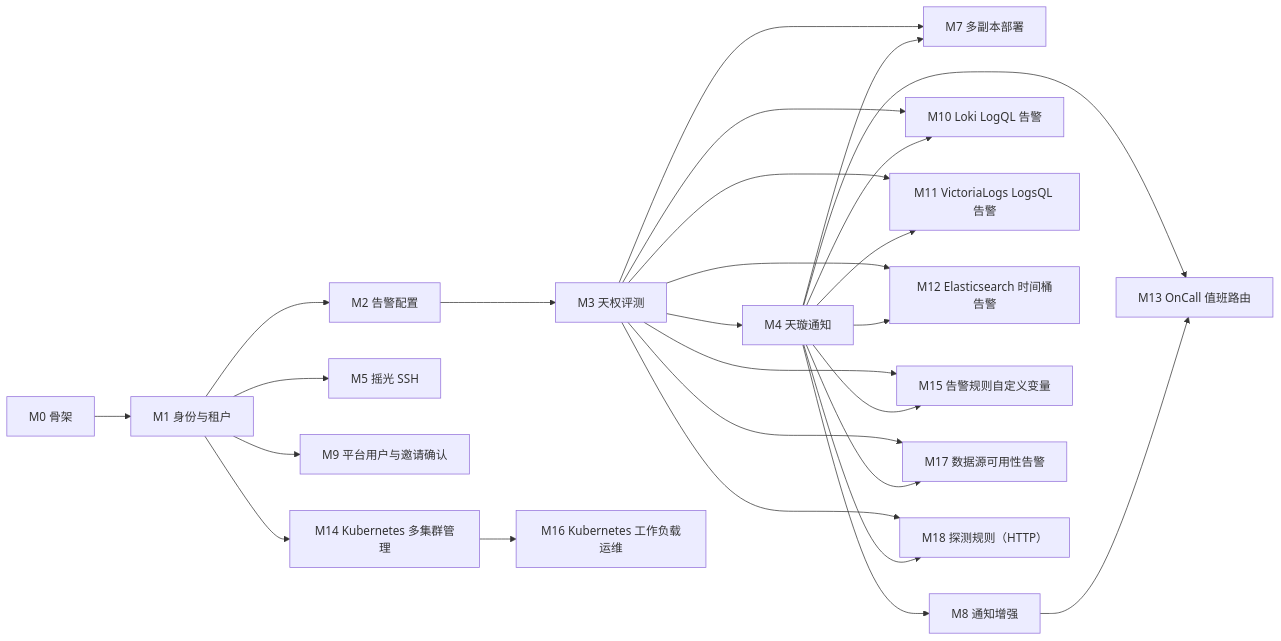
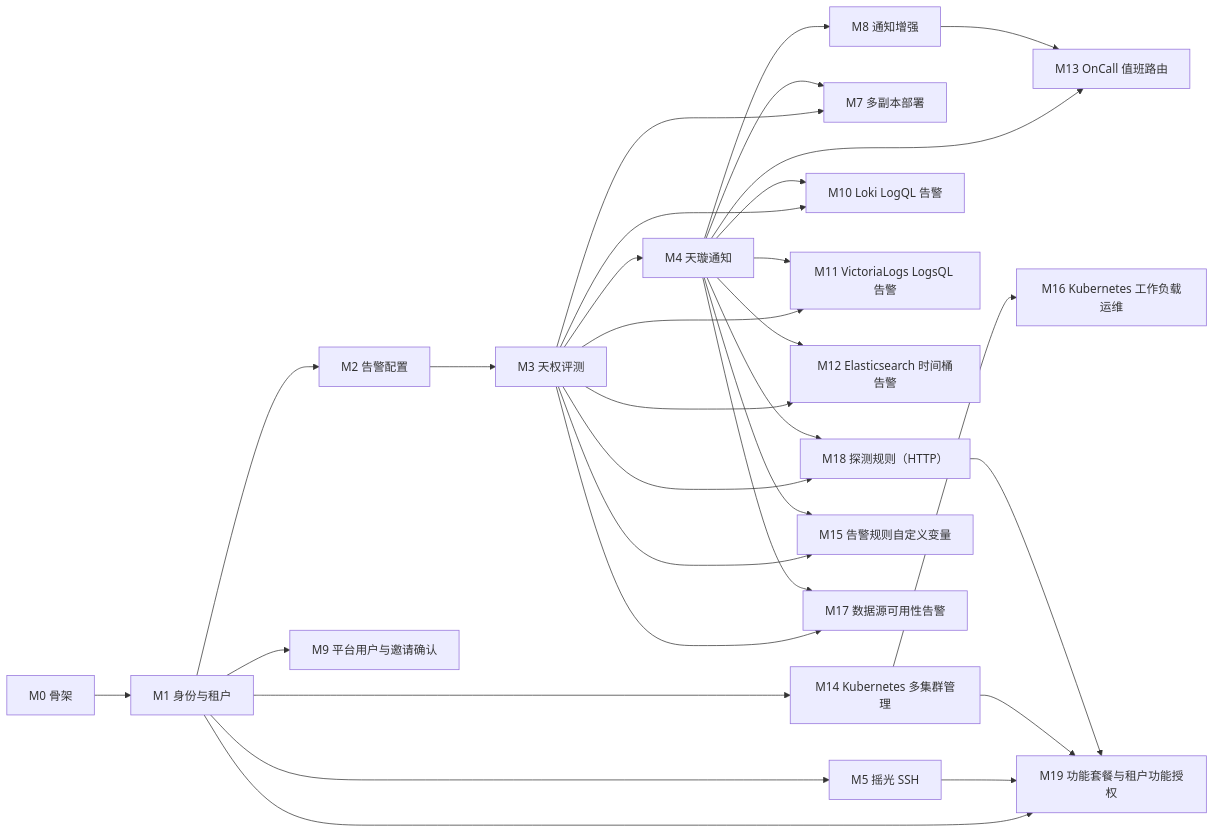
The diagram in docs/roadmap.md (aide-family/moon), drawn with Mermaid before and after one commit. The commit also changed other lines of this file and 84 other files, not shown here.

````diff
--- a/docs/roadmap.md
+++ b/docs/roadmap.md
@@ -44,43 +45,48 @@
 ```mermaid
 flowchart LR
   m0[M0 骨架]
   m1[M1 身份与租户]
   m2[M2 告警配置]
   m3[M3 天权评测]
   m4[M4 天璇通知]
   m5[M5 摇光 SSH]
   m7[M7 多副本部署]
   m8[M8 通知增强]
   m9[M9 平台用户与邀请确认]
   m10[M10 Loki LogQL 告警]
   m11[M11 VictoriaLogs LogsQL 告警]
   m12[M12 Elasticsearch 时间桶告警]
   m13[M13 OnCall 值班路由]
   m14[M14 Kubernetes 多集群管理]
   m15[M15 告警规则自定义变量]
   m16[M16 Kubernetes 工作负载运维]
   m17[M17 数据源可用性告警]
   m18[M18 探测规则（HTTP）]
+  m19[M19 功能套餐与租户功能授权]
   m0 --> m1 --> m2 --> m3 --> m4
   m1 --> m5
   m1 --> m9
   m1 --> m14
   m14 --> m16
   m3 --> m7
   m4 --> m7
   m4 --> m8
   m3 --> m10
   m4 --> m10
   m3 --> m11
   m4 --> m11
   m3 --> m12
   m4 --> m12
   m4 --> m13
   m8 --> m13
   m3 --> m15
   m4 --> m15
   m3 --> m17
   m4 --> m17
   m3 --> m18
   m4 --> m18
+  m1 --> m19
+  m5 --> m19
+  m14 --> m19
+  m18 --> m19
 ```
````
